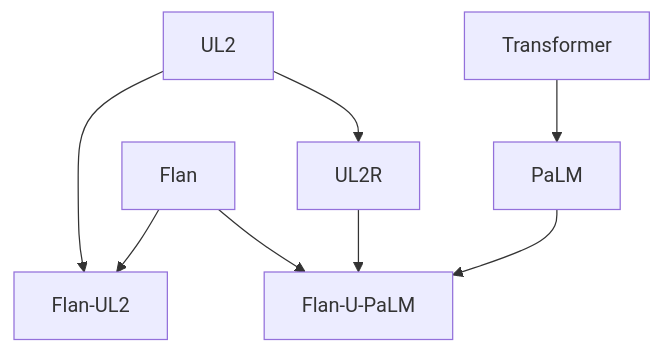
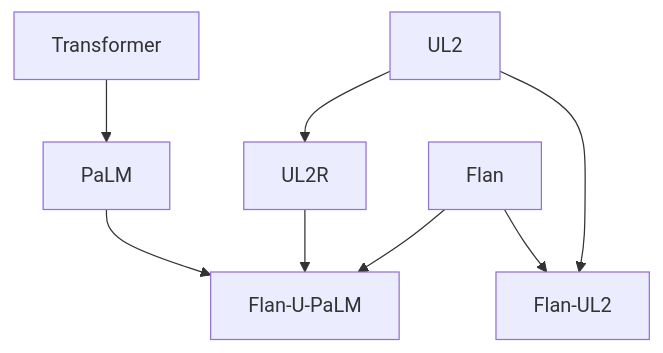
Diagram 13 of 18 in doc/llm.md (ted-sharp/chatvox), drawn with Mermaid before and after one commit. The commit also changed other lines of this file, not shown here.

````diff
--- a/doc/llm.md
+++ b/doc/llm.md
@@ -563,9 +547,9 @@
 ```mermaid
 flowchart
 
+Transformer --> PaLM --> Flan-U-PaLM
+UL2 --> UL2R --> Flan-U-PaLM
+Flan --> Flan-U-PaLM
 UL2 --> Flan-UL2
 Flan --> Flan-UL2
-Flan --> Flan-U-PaLM
-UL2 --> UL2R --> Flan-U-PaLM
-Transformer --> PaLM --> Flan-U-PaLM
 ```
````
